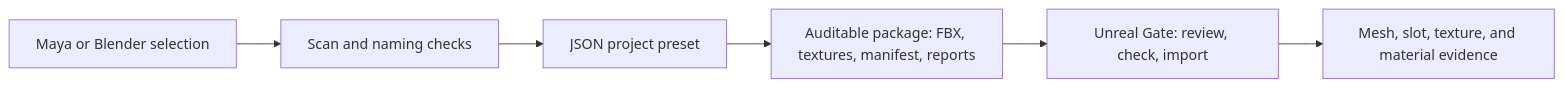
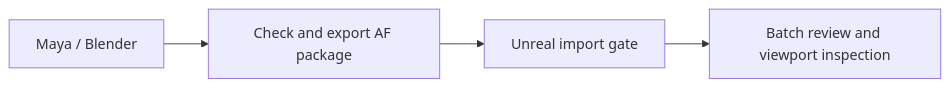
Before and after one commit to Elviszhuoyu/DCC-AssetForge: the second of 2 diagrams in README.md, drawn with Mermaid. The commit also changed other lines of this file and 259 other files, not shown here.

````diff
--- a/README.md
+++ b/README.md
@@ -27,8 +119,4 @@
 ```mermaid
 flowchart LR
-    A["Maya or Blender selection"] --> B["Scan and naming checks"]
-    B --> C["JSON project preset"]
-    C --> D["Auditable package: FBX, textures, manifest, reports"]
-    D --> E["Unreal Gate: review, check, import"]
-    E --> F["Mesh, slot, texture, and material evidence"]
+    A["Maya / Blender"] --> B["Check and export AF package"] --> C["Unreal import gate"] --> D["Batch review and viewport inspection"]
 ```
````
